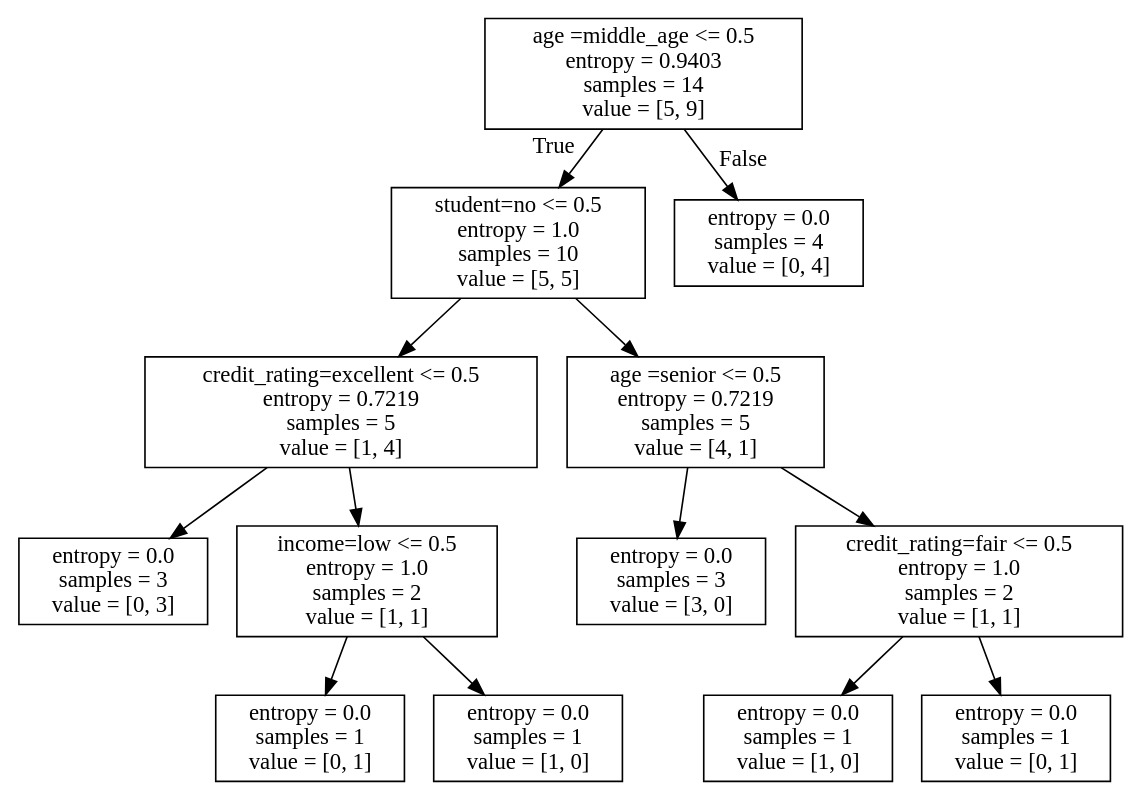
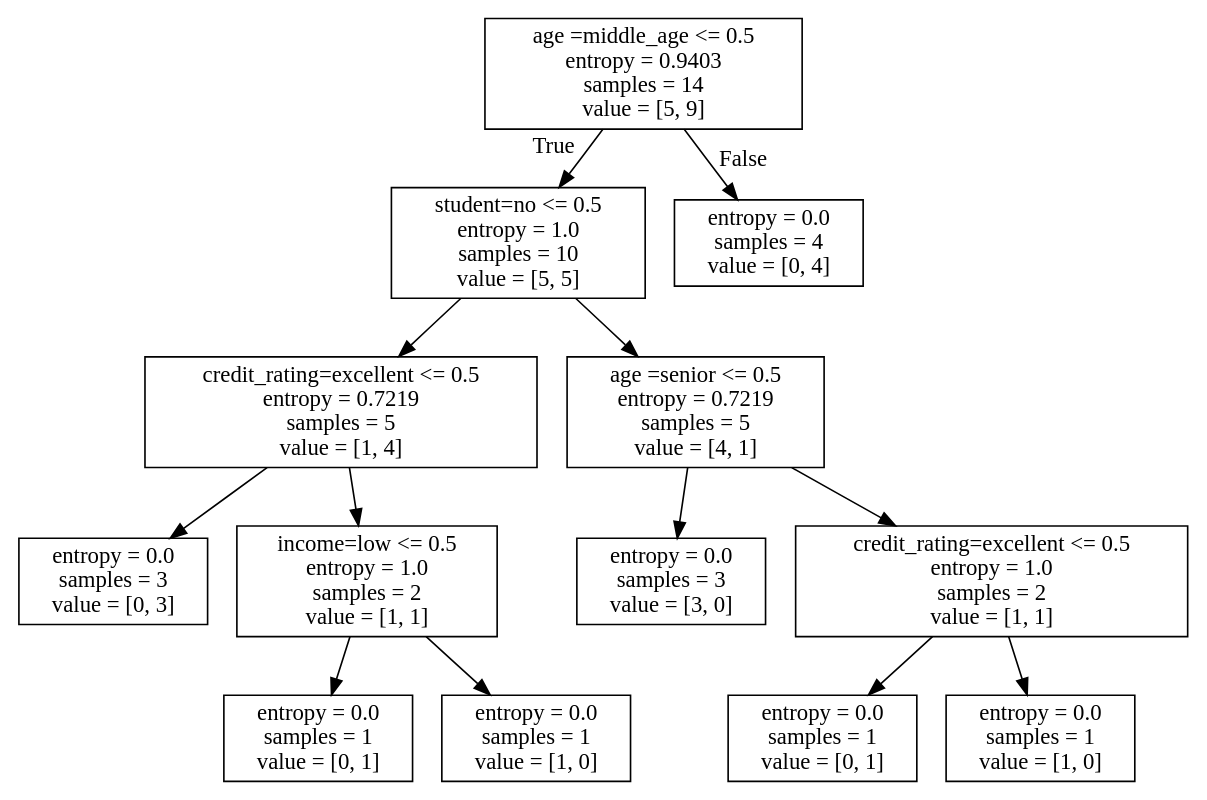
One commit to chuanheliu/machine_learning_methods changed the diagram in dicision_tree/allElectronicsInformationGainDir.dot. Above: the diagram before and after it, drawn with Graphviz. The commit also changed 3 other files, not shown here.

```diff
--- a/dicision_tree/allElectronicsInformationGainDir.dot
+++ b/dicision_tree/allElectronicsInformationGainDir.dot
@@ -1,28 +1,28 @@
 digraph Tree {
 node [shape=box] ;
 0 [label="age =middle_age <= 0.5\nentropy = 0.9403\nsamples = 14\nvalue = [5, 9]"] ;
 1 [label="student=no <= 0.5\nentropy = 1.0\nsamples = 10\nvalue = [5, 5]"] ;
 0 -> 1 [labeldistance=2.5, labelangle=45, headlabel="True"] ;
 2 [label="credit_rating=excellent <= 0.5\nentropy = 0.7219\nsamples = 5\nvalue = [1, 4]"] ;
 1 -> 2 ;
 3 [label="entropy = 0.0\nsamples = 3\nvalue = [0, 3]"] ;
 2 -> 3 ;
 4 [label="income=low <= 0.5\nentropy = 1.0\nsamples = 2\nvalue = [1, 1]"] ;
 2 -> 4 ;
 5 [label="entropy = 0.0\nsamples = 1\nvalue = [0, 1]"] ;
 4 -> 5 ;
 6 [label="entropy = 0.0\nsamples = 1\nvalue = [1, 0]"] ;
 4 -> 6 ;
 7 [label="age =senior <= 0.5\nentropy = 0.7219\nsamples = 5\nvalue = [4, 1]"] ;
 1 -> 7 ;
 8 [label="entropy = 0.0\nsamples = 3\nvalue = [3, 0]"] ;
 7 -> 8 ;
-9 [label="credit_rating=fair <= 0.5\nentropy = 1.0\nsamples = 2\nvalue = [1, 1]"] ;
+9 [label="credit_rating=excellent <= 0.5\nentropy = 1.0\nsamples = 2\nvalue = [1, 1]"] ;
 7 -> 9 ;
-10 [label="entropy = 0.0\nsamples = 1\nvalue = [1, 0]"] ;
+10 [label="entropy = 0.0\nsamples = 1\nvalue = [0, 1]"] ;
 9 -> 10 ;
-11 [label="entropy = 0.0\nsamples = 1\nvalue = [0, 1]"] ;
+11 [label="entropy = 0.0\nsamples = 1\nvalue = [1, 0]"] ;
 9 -> 11 ;
 12 [label="entropy = 0.0\nsamples = 4\nvalue = [0, 4]"] ;
 0 -> 12 [labeldistance=2.5, labelangle=-45, headlabel="False"] ;
 }
```
